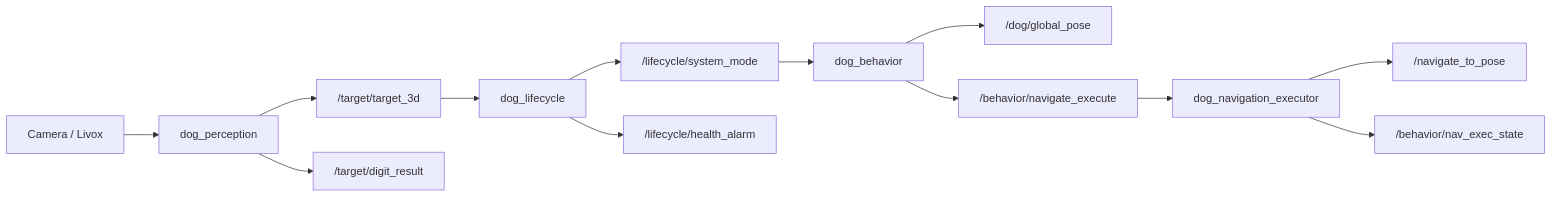
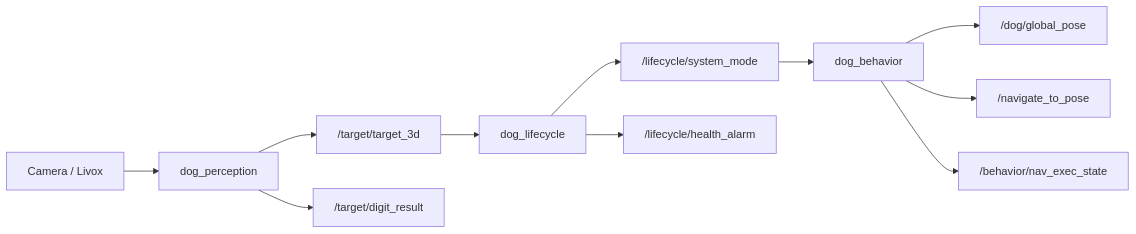
The diagram in README.md (Phoenix-064/Dog), drawn with Mermaid before and after one commit. The commit also changed other lines of this file and 45 other files, not shown here.

```diff
--- a/README.md
+++ b/README.md
@@ -129,15 +126,13 @@
 ~~~mermaid
 flowchart LR
   A[Camera / Livox] --> B[dog_perception]
   B --> C["/target/target_3d"]
   B --> D["/target/digit_result"]
   C --> E[dog_lifecycle]
   E --> F["/lifecycle/system_mode"]
   E --> G["/lifecycle/health_alarm"]
   F --> H[dog_behavior]
   H --> I["/dog/global_pose"]
-  H --> J["/behavior/navigate_execute"]
-  J --> K[dog_navigation_executor]
-  K --> L["/navigate_to_pose"]
-  K --> M["/behavior/nav_exec_state"]
+  H --> J["/navigate_to_pose"]
+  H --> K["/behavior/nav_exec_state"]
 ~~~
```
